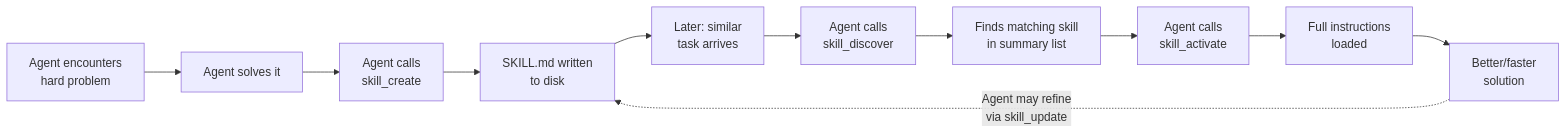
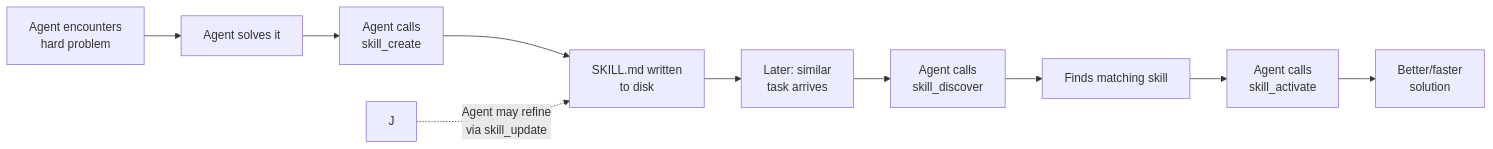
One commit to nevindra/oasis changed the second of 2 diagrams in docs/guides/skills.md. Above: the diagram before and after it, drawn with Mermaid. The commit also changed other lines of this file and 15 other files, not shown here.

````diff
--- a/docs/guides/skills.md
+++ b/docs/guides/skills.md
@@ -253,13 +121,12 @@
 ```mermaid
 flowchart LR
     A["Agent encounters<br>hard problem"] --> B["Agent solves it"]
     B --> C["Agent calls<br>skill_create"]
     C --> D["SKILL.md written<br>to disk"]
     D --> E["Later: similar<br>task arrives"]
     E --> F["Agent calls<br>skill_discover"]
-    F --> G["Finds matching skill<br>in summary list"]
+    F --> G["Finds matching skill"]
     G --> H["Agent calls<br>skill_activate"]
-    H --> I["Full instructions<br>loaded"]
-    I --> J["Better/faster<br>solution"]
+    H --> I["Better/faster<br>solution"]
     J -.->|"Agent may refine<br>via skill_update"| D
 ```
````
